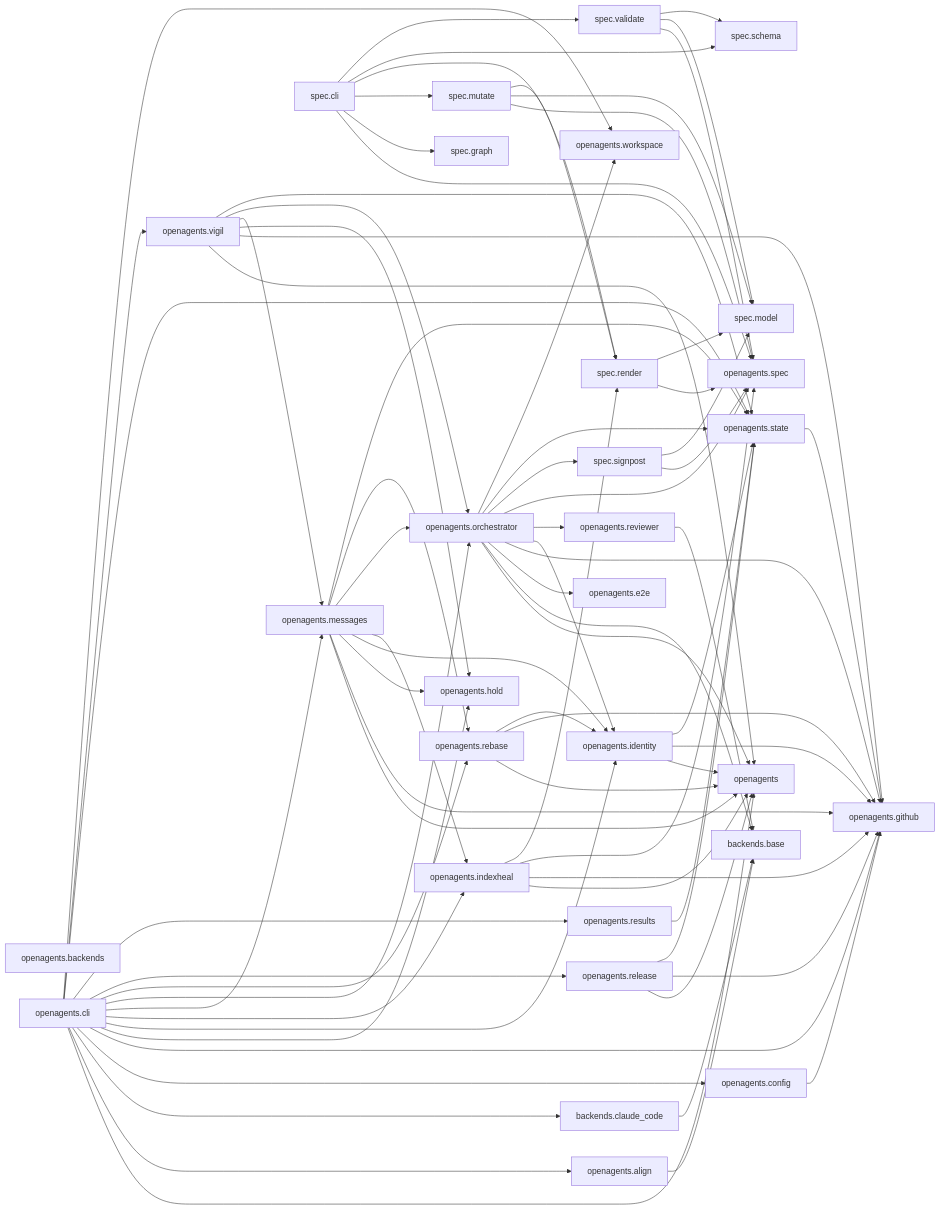
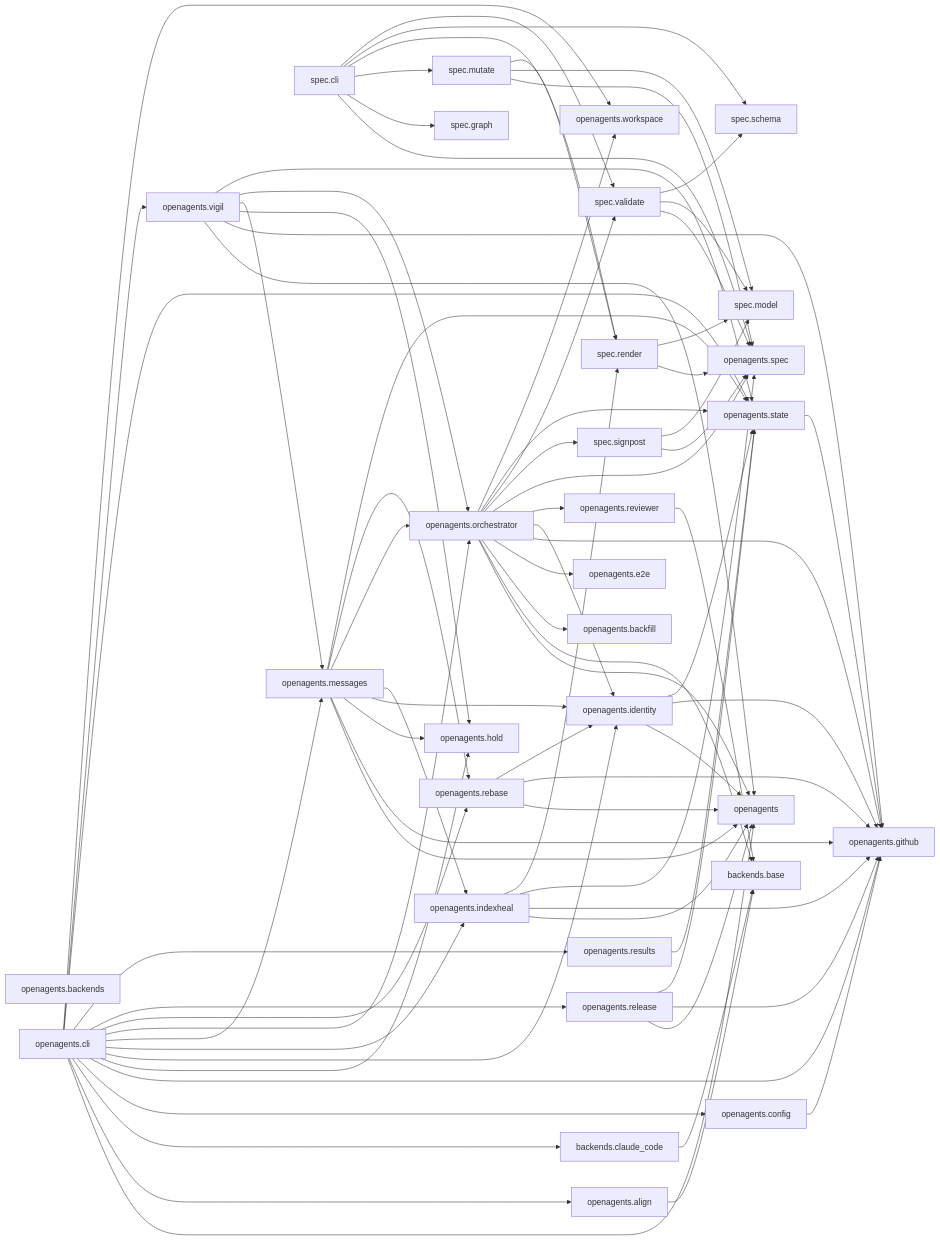
Before and after one commit to Curry09/OpenAgents: the diagram in docs/specs/ARCHITECTURE.md, drawn with Mermaid. The commit also changed other lines of this file and 9 other files, not shown here.

```diff
--- a/docs/specs/ARCHITECTURE.md
+++ b/docs/specs/ARCHITECTURE.md
@@ -64,6 +65,7 @@
     nopenagents_backends["openagents.backends"]
     nopenagents_backends_base["backends.base"]
     nopenagents_backends_claude_code["backends.claude_code"]
+    nopenagents_backfill["openagents.backfill"]
     nopenagents_cli["openagents.cli"]
     nopenagents_config["openagents.config"]
     nopenagents_e2e["openagents.e2e"]
@@ -125,12 +127,14 @@
     nopenagents_messages --> nopenagents_state
     nopenagents_orchestrator --> nopenagents
     nopenagents_orchestrator --> nopenagents_backends_base
+    nopenagents_orchestrator --> nopenagents_backfill
     nopenagents_orchestrator --> nopenagents_e2e
     nopenagents_orchestrator --> nopenagents_github
     nopenagents_orchestrator --> nopenagents_identity
     nopenagents_orchestrator --> nopenagents_reviewer
     nopenagents_orchestrator --> nopenagents_spec
     nopenagents_orchestrator --> nopenagents_spec_signpost
+    nopenagents_orchestrator --> nopenagents_spec_validate
     nopenagents_orchestrator --> nopenagents_state
     nopenagents_orchestrator --> nopenagents_workspace
     nopenagents_rebase --> nopenagents
```
